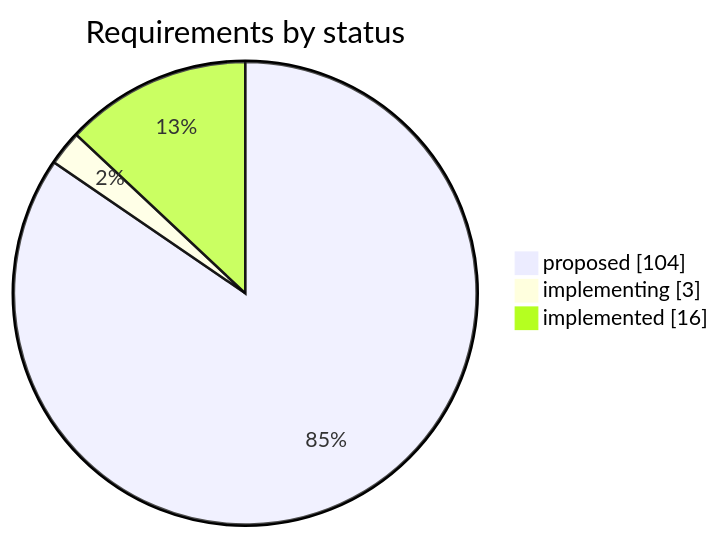
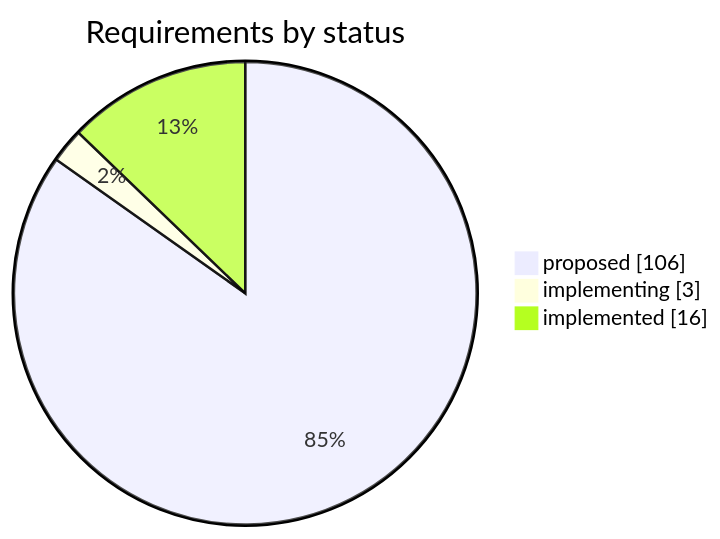
One commit to iammaxsu/automatic-testing-architecture changed the first of 2 diagrams in STATUS.md. Above: the diagram before and after it, drawn with Mermaid. The commit also changed other lines of this file and 7 other files, not shown here.

````diff
--- a/STATUS.md
+++ b/STATUS.md
@@ -25,6 +25,6 @@
 ```mermaid
 pie showData title Requirements by status
-    "proposed" : 104
+    "proposed" : 106
     "implementing" : 3
     "implemented" : 16
 ```
````
